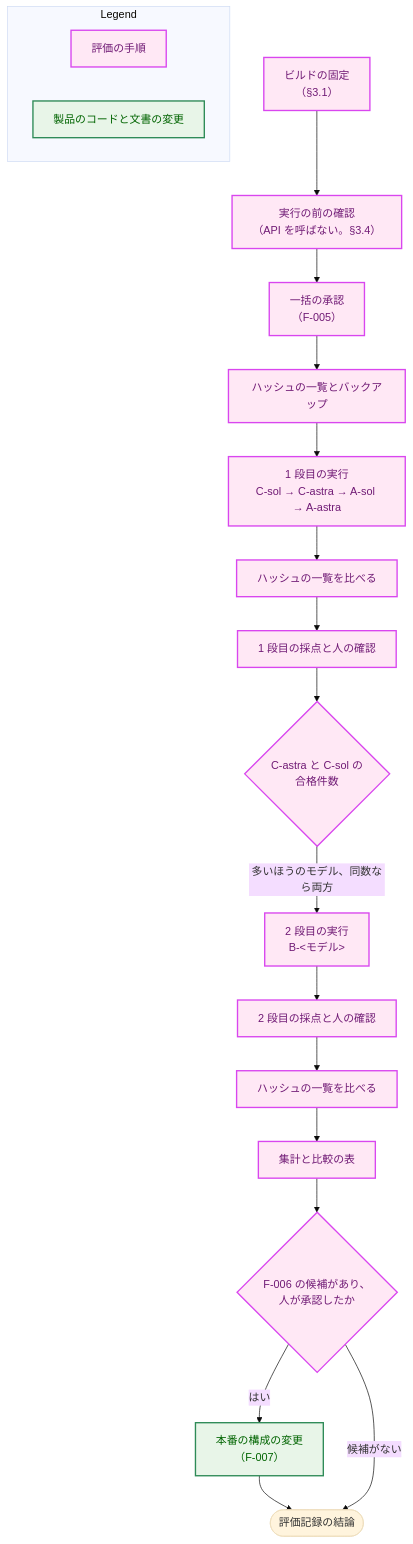
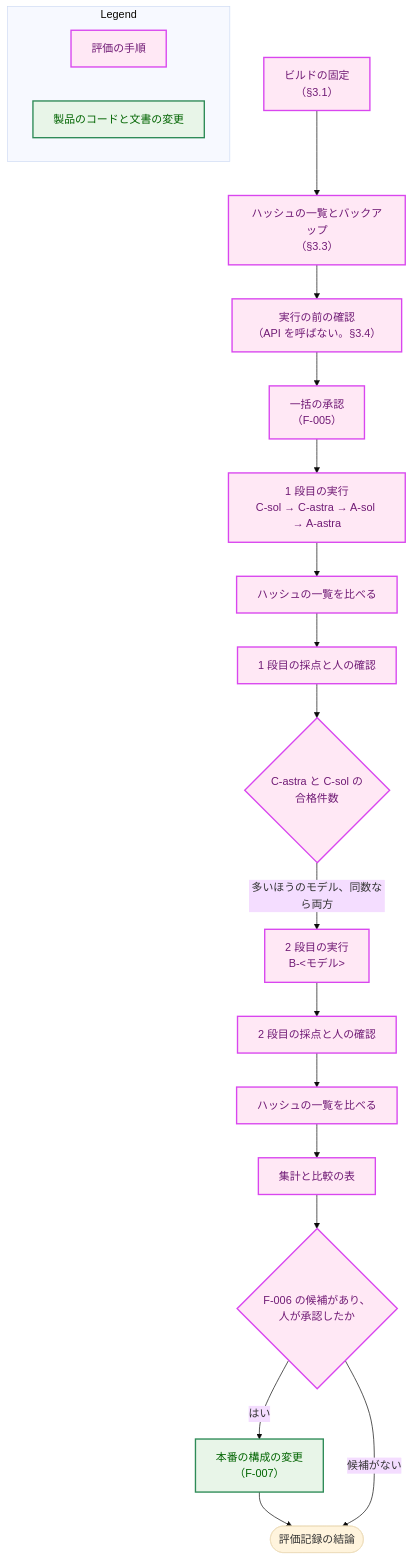
Before and after one commit to isseis/yt2column: the sixth of 6 diagrams in docs/tasks/0087_openai_combination_eval/02_architecture.md, drawn with Mermaid (base theme). The commit also changed other lines of this file, not shown here.

First line of the commit message:
docs(0087): address the local CodeRabbit review of the architecture

````diff
--- a/docs/tasks/0087_openai_combination_eval/02_architecture.md
+++ b/docs/tasks/0087_openai_combination_eval/02_architecture.md
@@ -603,37 +604,37 @@
 ```mermaid
 flowchart TD
     classDef newpkg fill:#ffe8f5,stroke:#d946ef,stroke-width:2px,color:#701a75;
     classDef enhanced fill:#e8f5e8,stroke:#2e8b57,stroke-width:2px,color:#006400;
 
     PB["ビルドの固定<br>（§3.1）"]
+    P1["ハッシュの一覧とバックアップ<br>（§3.3）"]
     P0["実行の前の確認<br>（API を呼ばない。§3.4）"]
     AP["一括の承認<br>（F-005）"]
-    P1["ハッシュの一覧とバックアップ"]
     S1["1 段目の実行<br>C-sol → C-astra → A-sol → A-astra"]
     H1["ハッシュの一覧を比べる"]
     SC1["1 段目の採点と人の確認"]
     SEL{"C-astra と C-sol の<br>合格件数"}
     S2["2 段目の実行<br>B-&lt;モデル&gt;"]
     SC2["2 段目の採点と人の確認"]
     H2["ハッシュの一覧を比べる"]
     AG["集計と比較の表"]
     DEC{"F-006 の候補があり、<br>人が承認したか"}
     F7["本番の構成の変更<br>（F-007）"]
     END(["評価記録の結論"])
 
-    PB --> P0 --> AP --> P1 --> S1 --> H1 --> SC1 --> SEL
+    PB --> P1 --> P0 --> AP --> S1 --> H1 --> SC1 --> SEL
     SEL -->|"多いほうのモデル、同数なら両方"| S2
     S2 --> SC2 --> H2 --> AG --> DEC
     DEC -->|"はい"| F7 --> END
     DEC -->|"候補がない"| END
 
     class PB,P0,AP,P1,S1,H1,SC1,SEL,S2,SC2,H2,AG,DEC newpkg
     class F7 enhanced
 
     subgraph Legend["Legend"]
         L1["評価の手順"]
         L2["製品のコードと文書の変更"]
     end
     class L1 newpkg
     class L2 enhanced
 ```
````
